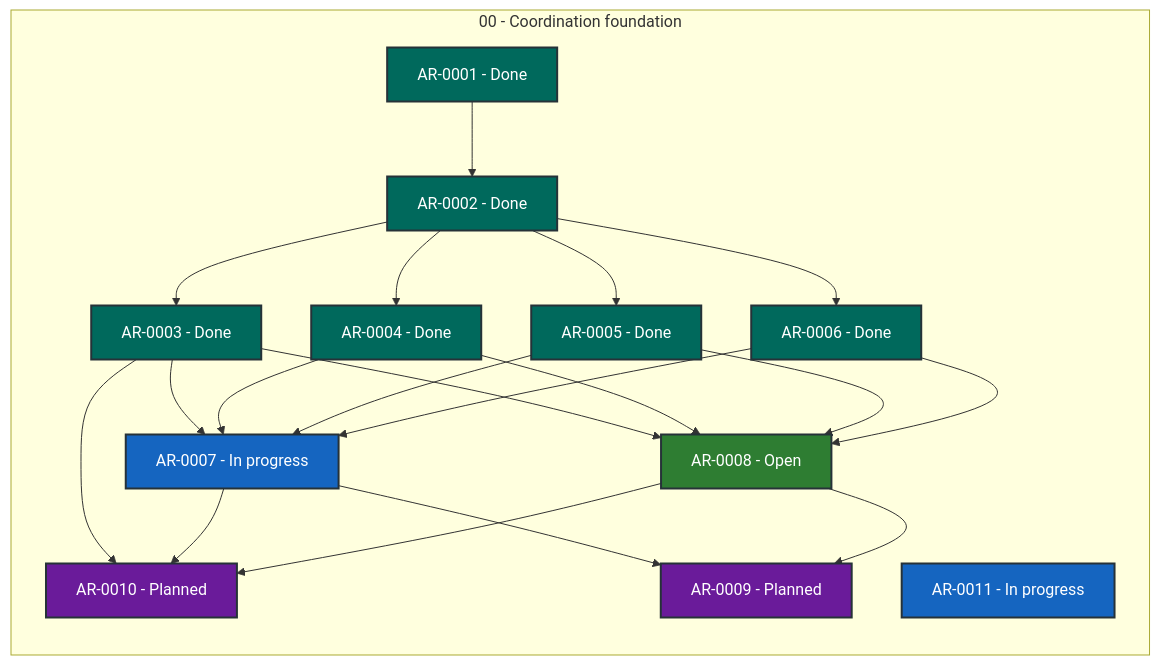
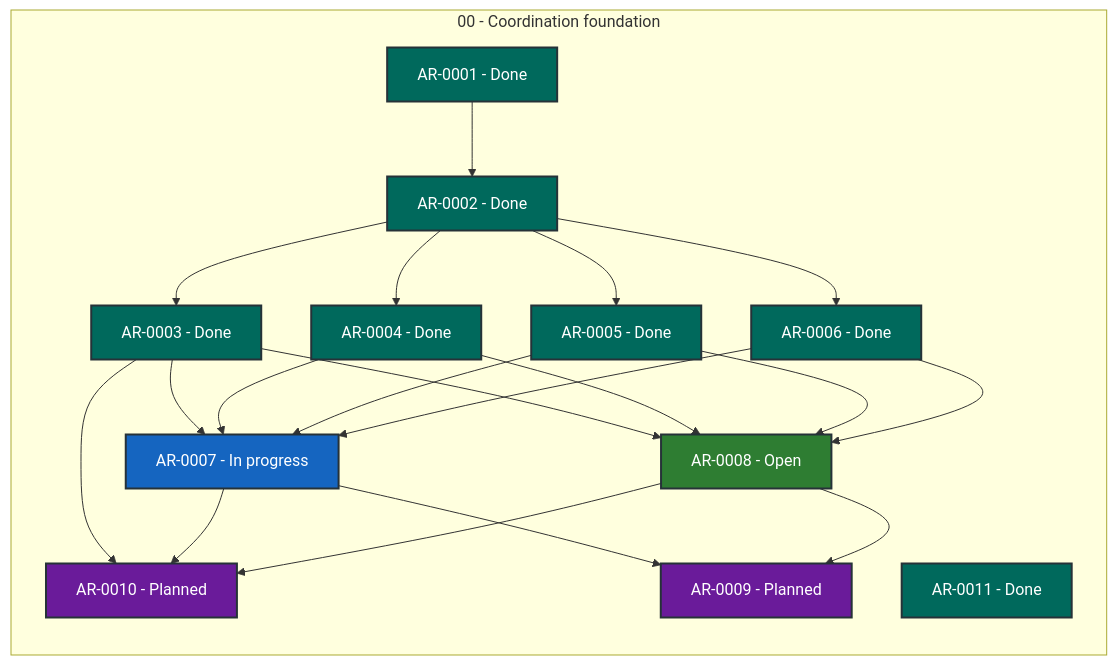
Before and after one commit to martin-beck/agent-workflow-coordinator-state: the diagram in STATUS.md, drawn with Mermaid. The commit also changed other lines of this file and 2 other files, not shown here.

````diff
--- a/STATUS.md
+++ b/STATUS.md
@@ -27,43 +27,43 @@
 ```mermaid
 flowchart LR
     subgraph series_00["00 - Coordination foundation"]
         direction TB
         AR_0001["AR-0001 - Done"]:::status_done
         AR_0002["AR-0002 - Done"]:::status_done
         AR_0003["AR-0003 - Done"]:::status_done
         AR_0004["AR-0004 - Done"]:::status_done
         AR_0005["AR-0005 - Done"]:::status_done
         AR_0006["AR-0006 - Done"]:::status_done
         AR_0007["AR-0007 - In progress"]:::status_in_progress
         AR_0008["AR-0008 - Open"]:::status_open
         AR_0009["AR-0009 - Planned"]:::status_planned
         AR_0010["AR-0010 - Planned"]:::status_planned
-        AR_0011["AR-0011 - In progress"]:::status_in_progress
+        AR_0011["AR-0011 - Done"]:::status_done
     end
     AR_0001 --> AR_0002
     AR_0002 --> AR_0003
     AR_0002 --> AR_0004
     AR_0002 --> AR_0005
     AR_0002 --> AR_0006
     AR_0003 --> AR_0007
     AR_0003 --> AR_0008
     AR_0003 --> AR_0010
     AR_0004 --> AR_0007
     AR_0004 --> AR_0008
     AR_0005 --> AR_0007
     AR_0005 --> AR_0008
     AR_0006 --> AR_0007
     AR_0006 --> AR_0008
     AR_0007 --> AR_0009
     AR_0007 --> AR_0010
     AR_0008 --> AR_0009
     AR_0008 --> AR_0010
     classDef status_in_progress fill:#1565c0,color:#ffffff,stroke:#263238,stroke-width:2px
     classDef status_open fill:#2e7d32,color:#ffffff,stroke:#263238,stroke-width:2px
     classDef status_blocked fill:#c62828,color:#ffffff,stroke:#263238,stroke-width:2px
     classDef status_planned fill:#6a1b9a,color:#ffffff,stroke:#263238,stroke-width:2px
     classDef status_future fill:#455a64,color:#ffffff,stroke:#263238,stroke-width:2px
     classDef status_done fill:#00695c,color:#ffffff,stroke:#263238,stroke-width:2px
     classDef status_cancelled fill:#616161,color:#ffffff,stroke:#263238,stroke-width:2px
     classDef status_superseded fill:#5d4037,color:#ffffff,stroke:#263238,stroke-width:2px
 ```
````
